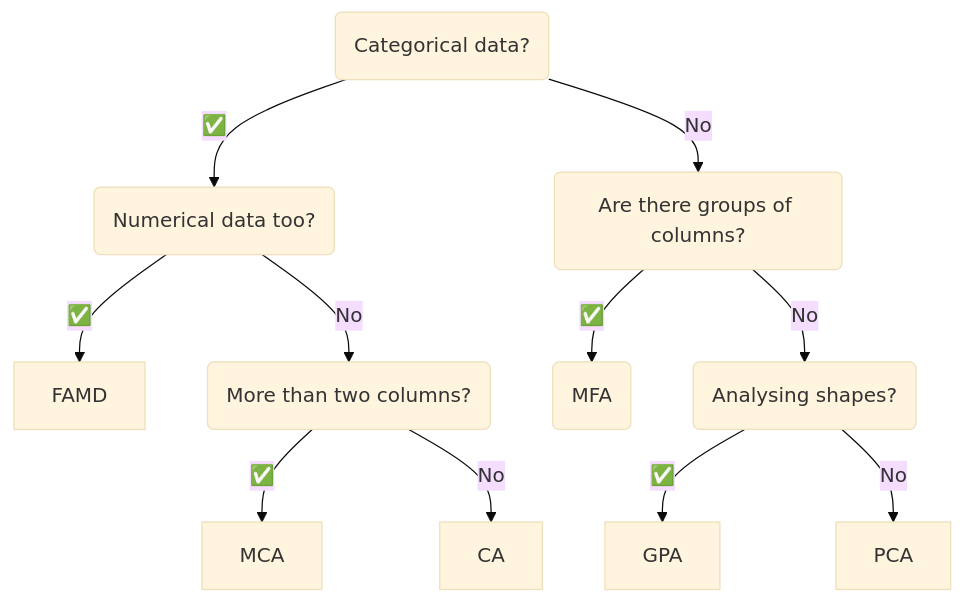
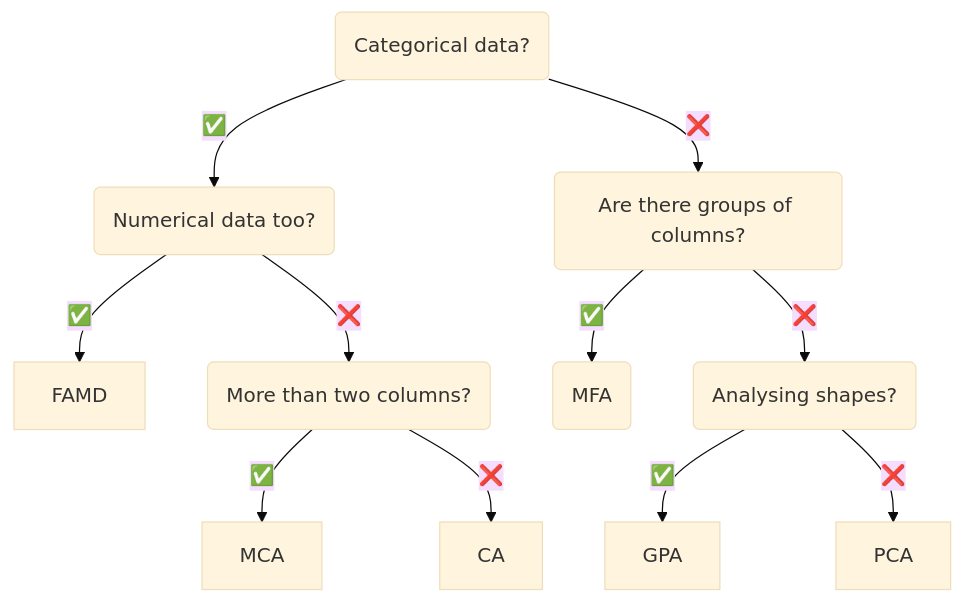
The diagram in README.md (MaxHalford/prince), drawn with Mermaid (base theme) before and after one commit.

````diff
--- a/README.md
+++ b/README.md
@@ -86,13 +86,13 @@
 ```mermaid
 flowchart TD
     cat?(Categorical data?) --> |"✅"| num_too?(Numerical data too?)
     num_too? --> |"✅"| FAMD
-    num_too? --> |No| multiple_cat?(More than two columns?)
+    num_too? --> |"❌"| multiple_cat?(More than two columns?)
     multiple_cat? --> |"✅"| MCA
-    multiple_cat? --> |No| CA
-    cat? --> |No| groups?(Are there groups of columns?)
+    multiple_cat? --> |"❌"| CA
+    cat? --> |"❌"| groups?(Are there groups of columns?)
     groups? --> |"✅"| groups(MFA)
-    groups? --> |No| shapes?(Analysing shapes?)
+    groups? --> |"❌"| shapes?(Analysing shapes?)
     shapes? --> |"✅"| GPA
-    shapes? --> |No| PCA
+    shapes? --> |"❌"| PCA
 ```
````
